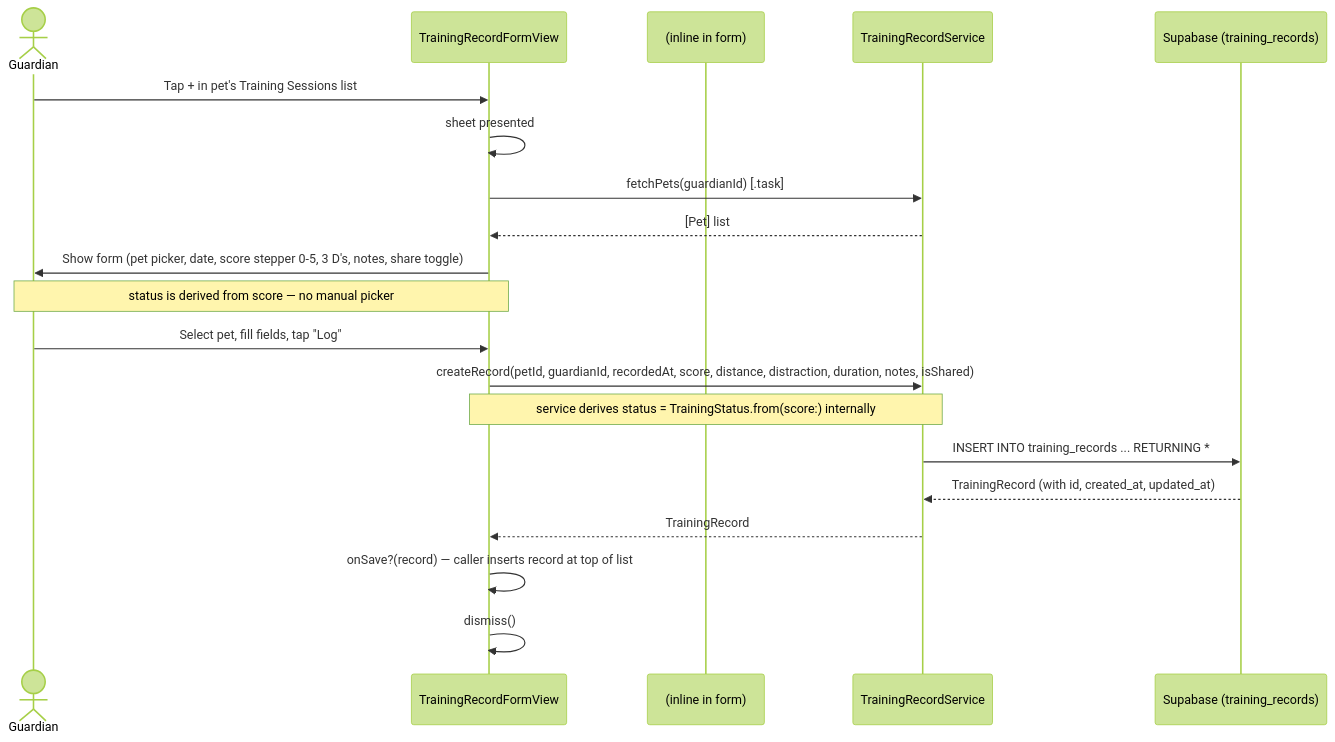
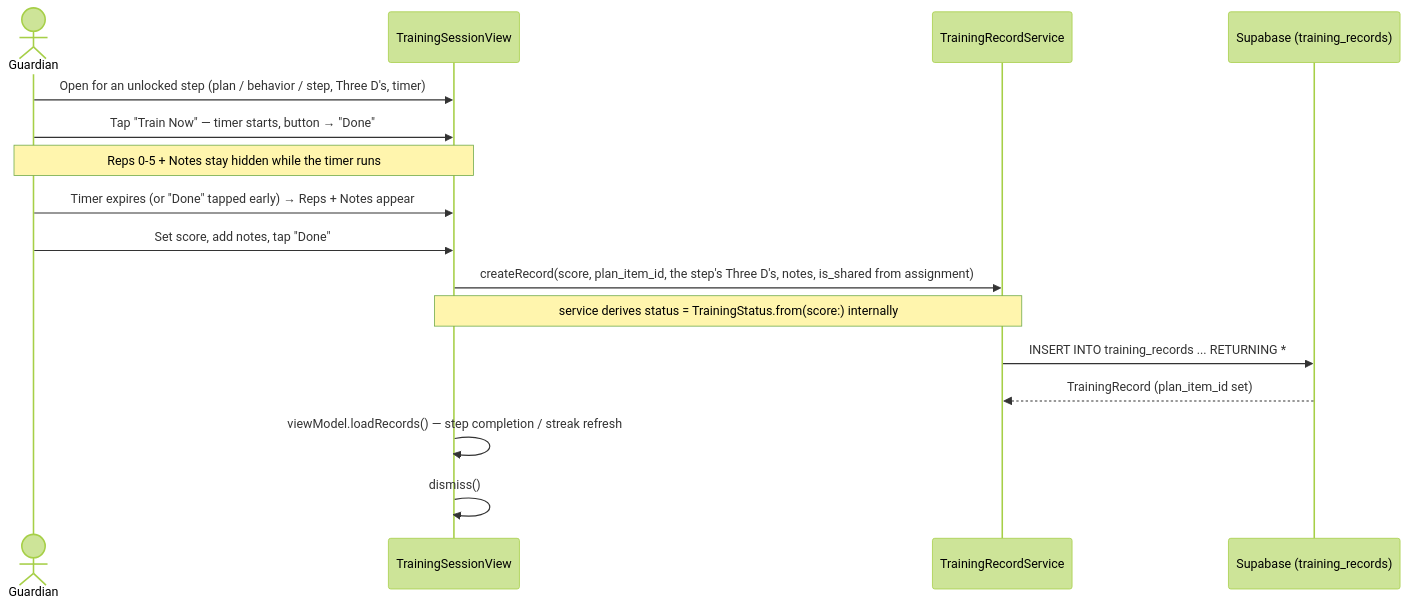
Before and after one commit to markculley/-HoundHabit_Android: the first of 5 diagrams in docs/use_cases/log_training.md, drawn with Mermaid (forest theme). The commit also changed other lines of this file and 20 other files, not shown here.

````diff
--- a/docs/use_cases/log_training.md
+++ b/docs/use_cases/log_training.md
@@ -9,24 +7,19 @@
 ```mermaid
 sequenceDiagram
     actor G as Guardian
-    participant UI as TrainingRecordFormView
-    participant VM as (inline in form)
+    participant TSV as TrainingSessionView
     participant SVC as TrainingRecordService
     participant DB as Supabase (training_records)
 
-    G->>UI: Tap + in pet's Training Sessions list
-    UI->>UI: sheet presented
-    UI->>SVC: fetchPets(guardianId) [.task]
-    SVC-->>UI: [Pet] list
-    UI->>G: Show form (pet picker, date, score stepper 0-5, 3 D's, notes, share toggle)
-    note over UI,G: status is derived from score — no manual picker
-
-    G->>UI: Select pet, fill fields, tap "Log"
-    UI->>SVC: createRecord(petId, guardianId, recordedAt, score, distance, distraction, duration, notes, isShared)
-    note over UI,SVC: service derives status = TrainingStatus.from(score:) internally
+    G->>TSV: Open for an unlocked step (plan / behavior / step, Three D's, timer)
+    G->>TSV: Tap "Train Now" — timer starts, button → "Done"
+    note over G,TSV: Reps 0-5 + Notes stay hidden while the timer runs
+    G->>TSV: Timer expires (or "Done" tapped early) → Reps + Notes appear
+    G->>TSV: Set score, add notes, tap "Done"
+    TSV->>SVC: createRecord(score, plan_item_id, the step's Three D's, notes, is_shared from assignment)
+    note over TSV,SVC: service derives status = TrainingStatus.from(score:) internally
     SVC->>DB: INSERT INTO training_records ... RETURNING *
-    DB-->>SVC: TrainingRecord (with id, created_at, updated_at)
-    SVC-->>UI: TrainingRecord
-    UI->>UI: onSave?(record) — caller inserts record at top of list
-    UI->>UI: dismiss()
+    DB-->>SVC: TrainingRecord (plan_item_id set)
+    TSV->>TSV: viewModel.loadRecords() — step completion / streak refresh
+    TSV->>TSV: dismiss()
 ```
````
